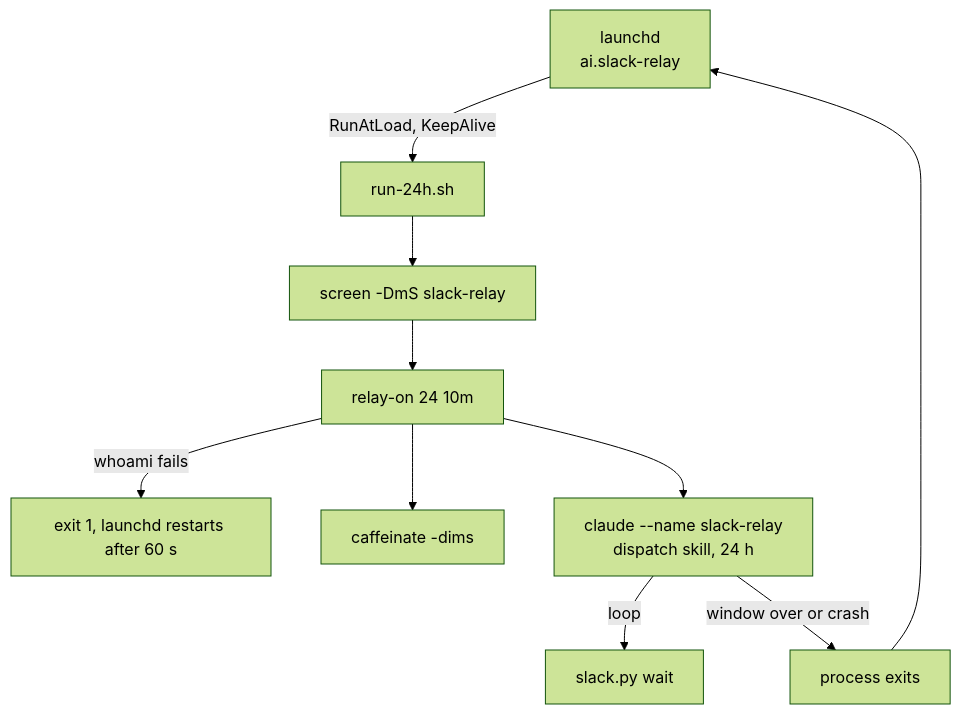
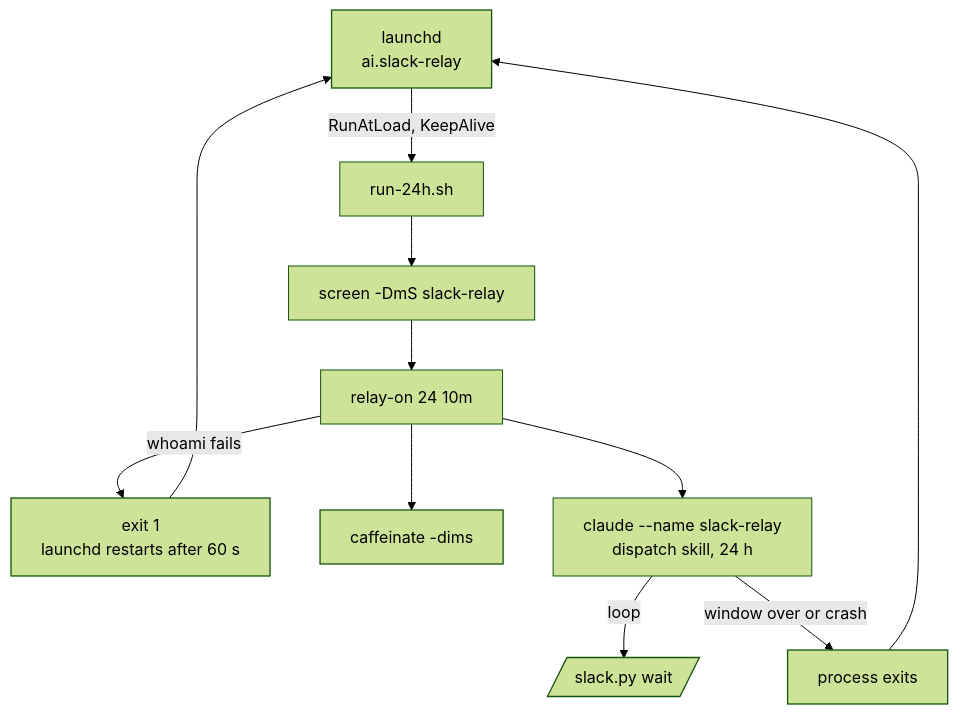
The diagram in src/content/docs/slack-relay/runbook.md (dai-3235/docs), drawn with Mermaid (forest theme) before and after one commit. The commit also changed 20 other files, not shown here.

Commit message:
Redesign site: hybrid semantic search, accent themes, styled diagrams

````diff
--- a/src/content/docs/slack-relay/runbook.md
+++ b/src/content/docs/slack-relay/runbook.md
@@ -27,12 +27,17 @@
 ```mermaid
 flowchart TD
-  L["launchd<br/>ai.slack-relay"] -->|RunAtLoad, KeepAlive| R["run-24h.sh"]
+  classDef human stroke-width:1.3px
+  classDef store stroke-width:1.3px
+  classDef ops stroke-width:1.3px
+  classDef risk stroke-width:1.3px
+  L["launchd<br/>ai.slack-relay"]:::ops -->|"RunAtLoad, KeepAlive"| R["run-24h.sh"]
   R --> S["screen -DmS slack-relay"]
   S --> O["relay-on 24 10m"]
-  O -->|whoami fails| X["exit 1, launchd restarts after 60 s"]
-  O --> C["caffeinate -dims"]
+  O -->|"whoami fails"| X["exit 1<br/>launchd restarts after 60 s"]:::risk
+  O --> C["caffeinate -dims"]:::ops
   O --> CC["claude --name slack-relay<br/>dispatch skill, 24 h"]
-  CC -->|loop| W["slack.py wait"]
-  CC -->|window over or crash| X2["process exits"]
+  CC -->|loop| W[/"slack.py wait"/]:::store
+  CC -->|"window over or crash"| X2["process exits"]:::risk
   X2 --> L
+  X --> L
 ```
````
